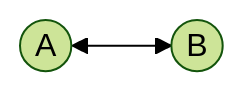
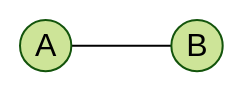
Before and after one commit to craft-code-club/blog-c3: the first of 18 diagrams in _content/posts/dsa-graph-tips.md, drawn with Mermaid (forest theme). The commit also changed 1 other file, not shown here.

Commit message:
fix: update graph representation in dsa-graph-tips.md

````diff
--- a/_content/posts/dsa-graph-tips.md
+++ b/_content/posts/dsa-graph-tips.md
@@ -27,4 +27,4 @@
 ```mermaid
 graph LR
-  A((A)) <--> B((B))
+  A((A)) --- B((B))
 ```
````
